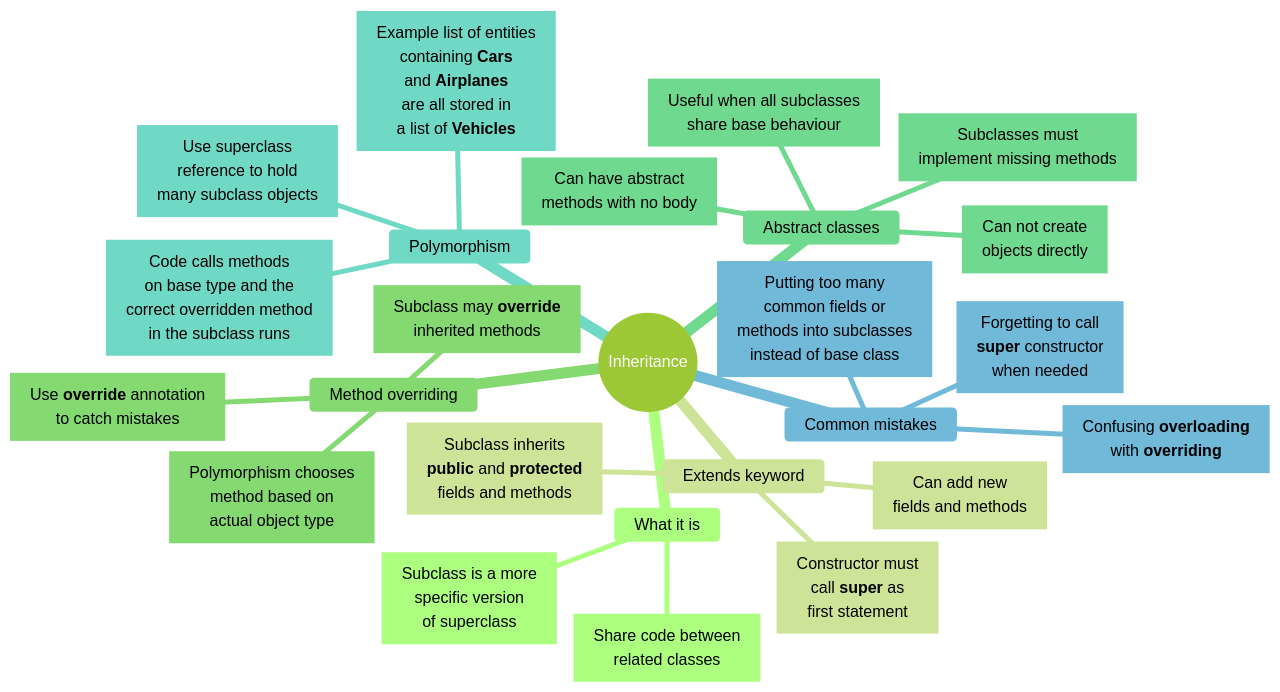
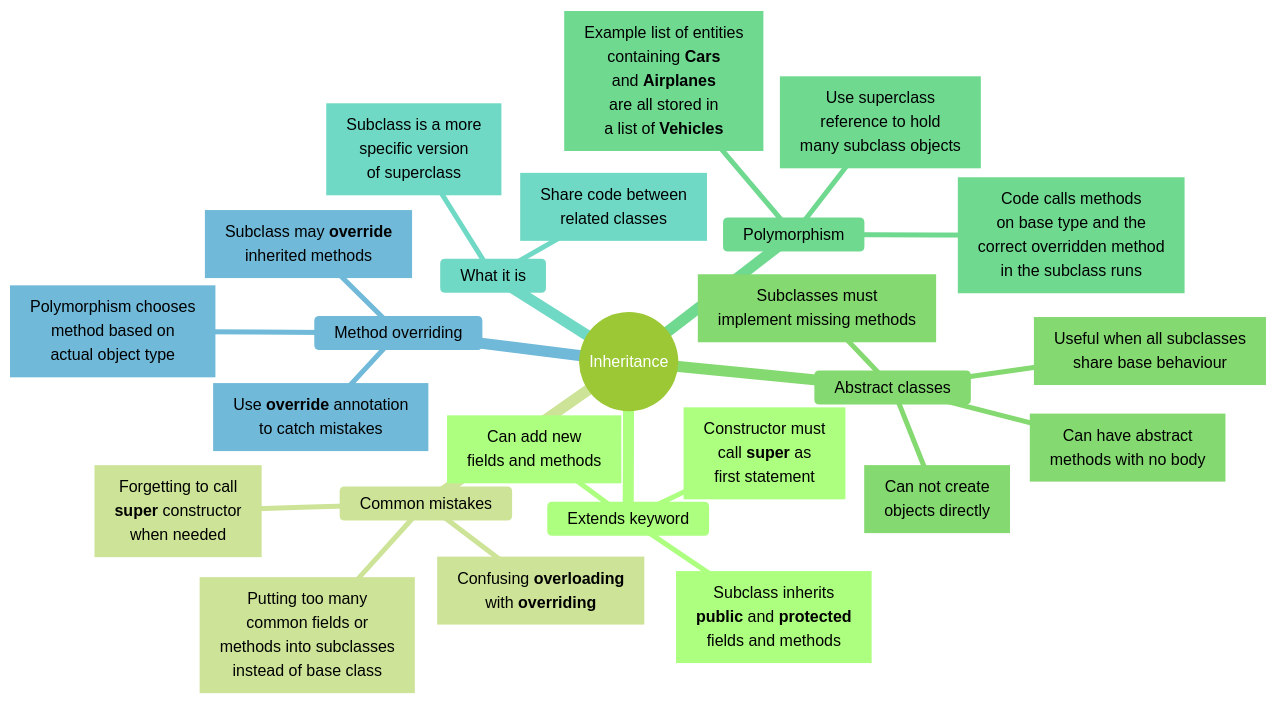
The ninth of 10 diagrams in notes/shared/mind maps/revision_t00_t09.md (nmcguinness/L8-OOP-Module-Content), drawn with Mermaid before and after one commit. The commit also changed other lines of this file and 4 other files, not shown here.

Commit message:
fixed mindmap label truncation and added admonitions test

````diff
--- a/notes/shared/mind maps/revision_t00_t09.md
+++ b/notes/shared/mind maps/revision_t00_t09.md
@@ -1065,69 +1065,69 @@
 ```mermaid
 ---
 title: "Inheritance"
 accDescr: "Mind map of Inheritance. Branches: What it is; Extends keyword; Method overriding; Abstract classes; Polymorphism; Common mistakes."
 ---
 %%{init: { "theme": "forest", "markdownAutoWrap": false, "mindmap": { "maxNodeWidth": 300 } }}%%
 mindmap
   root((Inheritance))
-    What it is
-      n1["`Share code between
-      related classes`"]
-      n2["`Subclass is a more
-      specific version
-      of superclass`"]
-
     Extends keyword
       n3["`Subclass inherits
       **public** and **protected**
       fields and methods`"]
       n4["`Can add new
       fields and methods`"]
       n5["`Constructor must
       call **super** as
       first statement`"]
 
-    Method overriding
-      n6["`Subclass may **override**
-      inherited methods`"]
-      n7["`Use **override** annotation
-      to catch mistakes`"]
-      n8["`Polymorphism chooses
-      method based on
-      actual object type`"]
+    Common mistakes
+      n16["`Confusing **overloading**
+      with **overriding**`"]
+      n17["`Forgetting to call
+      **super** constructor
+      when needed`"]
+      n18["`Putting too many
+      common fields or
+      methods into subclasses
+      instead of base class`"]
 
     Abstract classes
       n9["`Can not create
       objects directly`"]
       n10["`Can have abstract
       methods with no body`"]
       n11["`Subclasses must
       implement missing methods`"]
       n12["`Useful when all subclasses
       share base behaviour`"]
 
     Polymorphism
       n13["`Use superclass
       reference to hold
       many subclass objects`"]
       n14["`Example list of entities
       containing **Cars**
       and **Airplanes**
       are all stored in
       a list of **Vehicles**`"]
       n15["`Code calls methods
       on base type and the
       correct overridden method
       in the subclass runs`"]
 
-    Common mistakes
-      n16["`Confusing **overloading**
-      with **overriding**`"]
-      n17["`Forgetting to call
-      **super** constructor
-      when needed`"]
-      n18["`Putting too many
-      common fields or
-      methods into subclasses
-      instead of base class`"]
+    What it is
+      n1["`Share code between
+      related classes`"]
+      n2["`Subclass is a more
+      specific version
+      of superclass`"]
+
+    Method overriding
+      n6["`Subclass may **override**
+      inherited methods`"]
+      n7["`Use **override** annotation
+      to catch mistakes`"]
+      n8["`Polymorphism chooses
+      method based on
+      actual object type`"]
 ```
````
